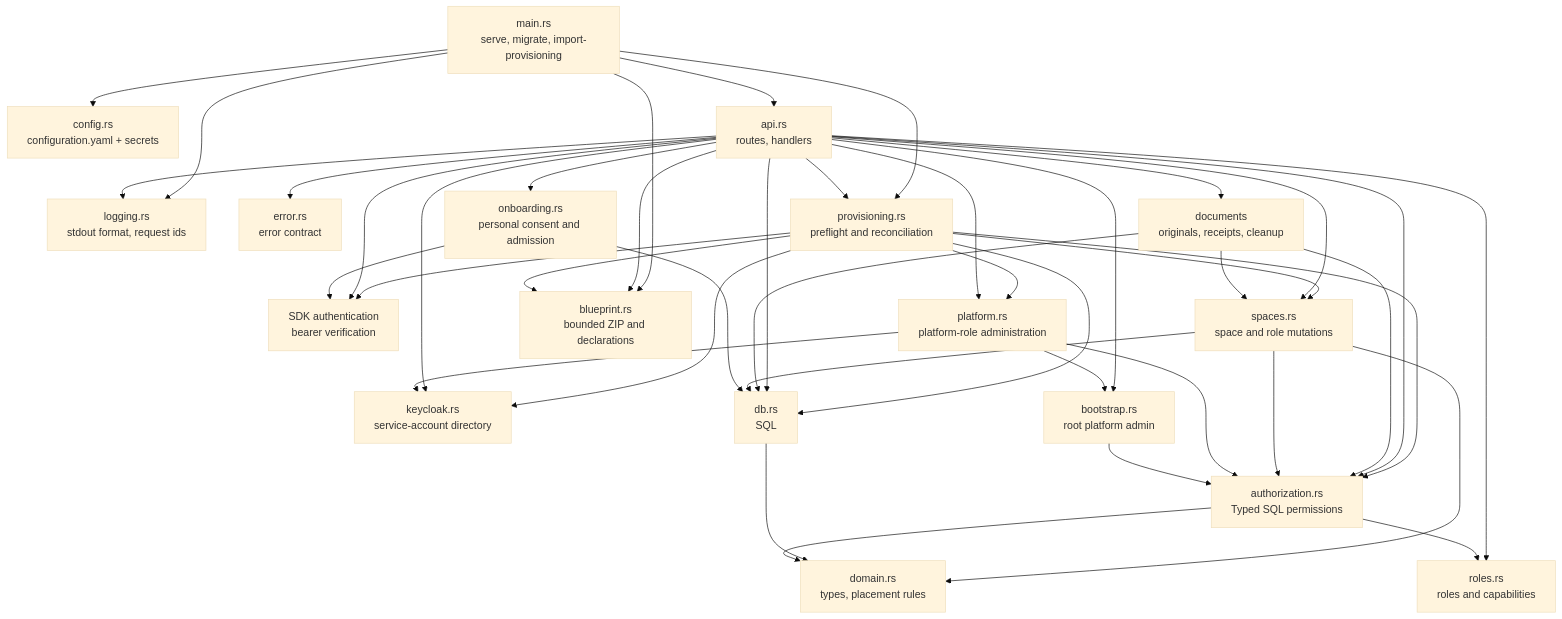
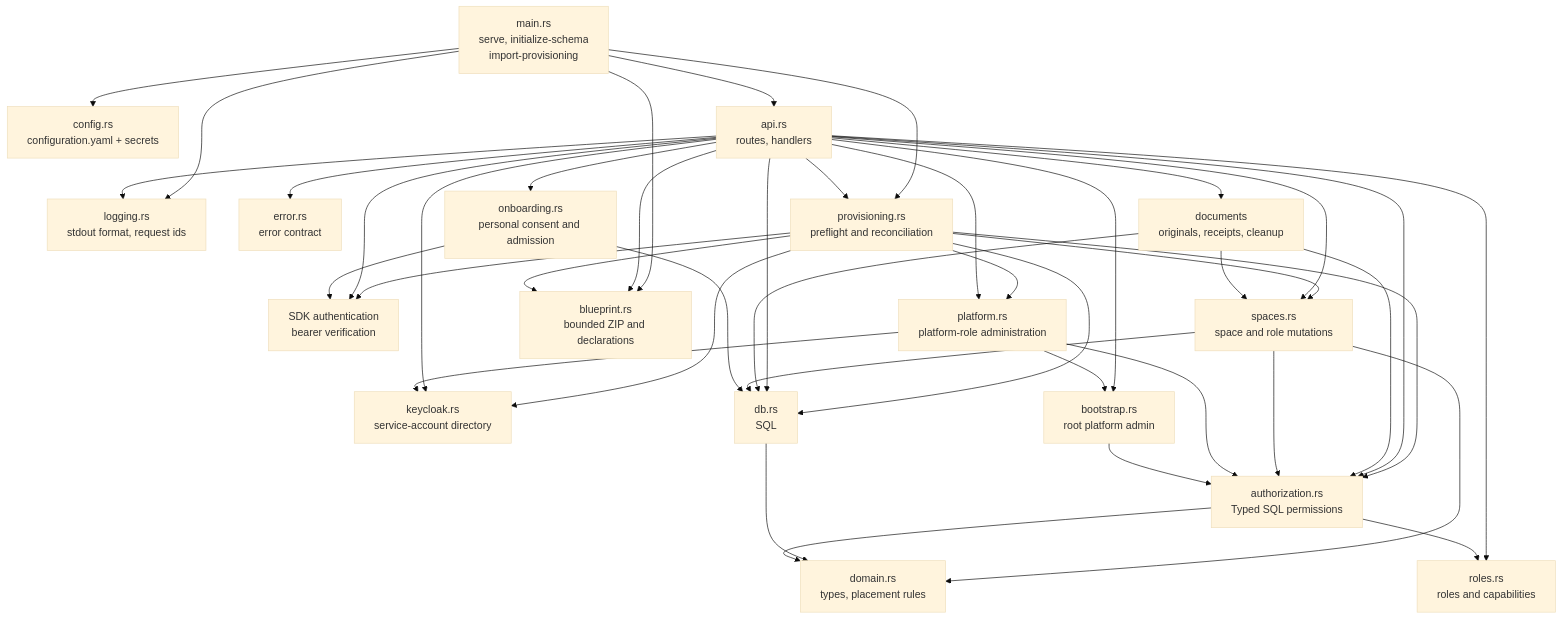
The second of 3 diagrams in docs/architecture/A1-manager-runtime.md (ThalesGroup/fred), drawn with Mermaid (base theme) before and after one commit. The commit also changed other lines of this file and 206 other files, not shown here.

````diff
--- a/docs/architecture/A1-manager-runtime.md
+++ b/docs/architecture/A1-manager-runtime.md
@@ -61,37 +61,37 @@
 ```mermaid
 flowchart TB
-    main["main.rs<br/>serve, migrate, import-provisioning"]
+    main["main.rs<br/>serve, initialize-schema<br/>import-provisioning"]
     config["config.rs<br/>configuration.yaml + secrets"]
     logging["logging.rs<br/>stdout format, request ids"]
     api["api.rs<br/>routes, handlers"]
     auth["SDK authentication<br/>bearer verification"]
     error["error.rs<br/>error contract"]
     spaces["spaces.rs<br/>space and role mutations"]
     provisioning["provisioning.rs<br/>preflight and reconciliation"]
     blueprint["blueprint.rs<br/>bounded ZIP and declarations"]
     platform["platform.rs<br/>platform-role administration"]
     roles["roles.rs<br/>roles and capabilities"]
     directory["keycloak.rs<br/>service-account directory"]
     onboarding["onboarding.rs<br/>personal consent and admission"]
     bootstrap["bootstrap.rs<br/>root platform admin"]
     domain["domain.rs<br/>types, placement rules"]
     db["db.rs<br/>SQL"]
     documents["documents<br/>originals, receipts, cleanup"]
     authorization["authorization.rs<br/>Typed SQL permissions"]
 
     main --> config & logging & api & provisioning & blueprint
     api --> provisioning & blueprint
     provisioning --> blueprint
     provisioning --> auth & platform & directory & db & authorization & spaces
     api --> auth & error & spaces & bootstrap & db & authorization & logging
     api --> documents
     documents --> spaces & db & authorization
     spaces --> domain & db & authorization
     api --> platform & roles & directory & onboarding
     onboarding --> auth & db
     platform --> bootstrap & directory & authorization
     authorization --> roles
     bootstrap --> authorization
     db --> domain
     authorization --> domain
 ```
````
